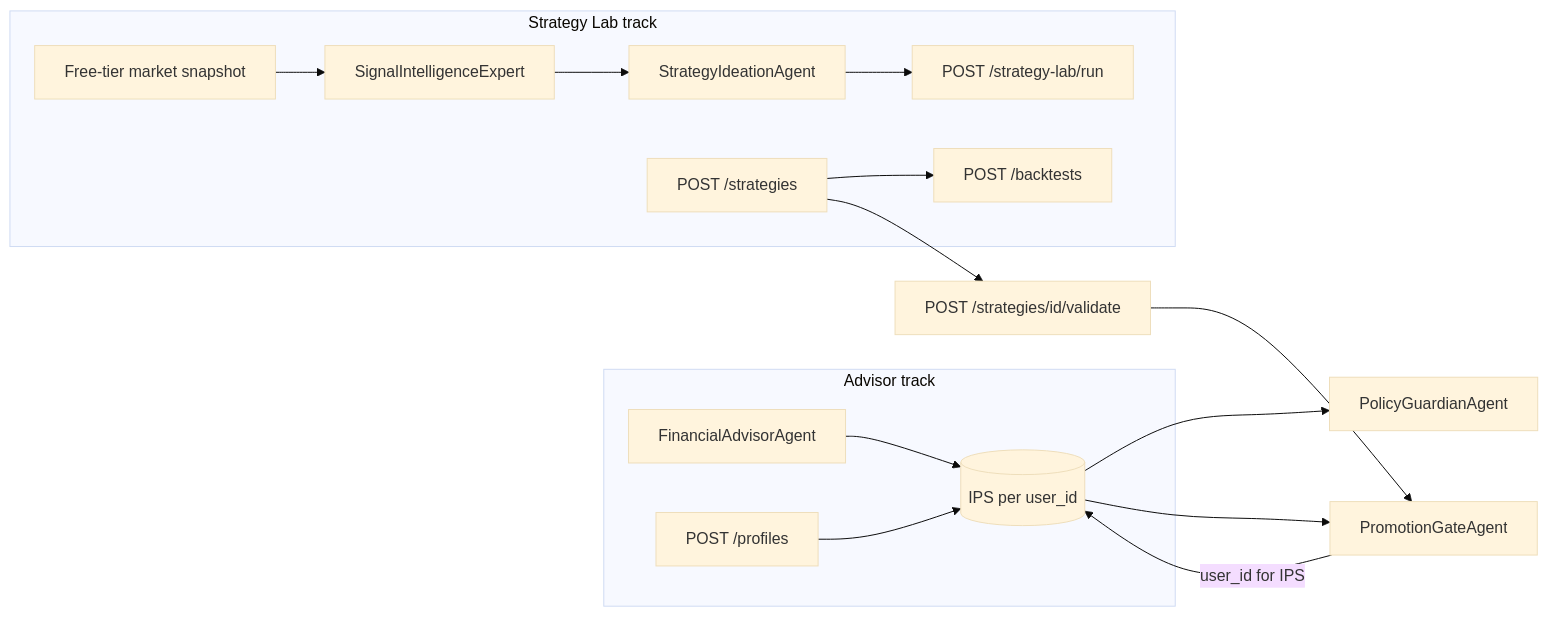
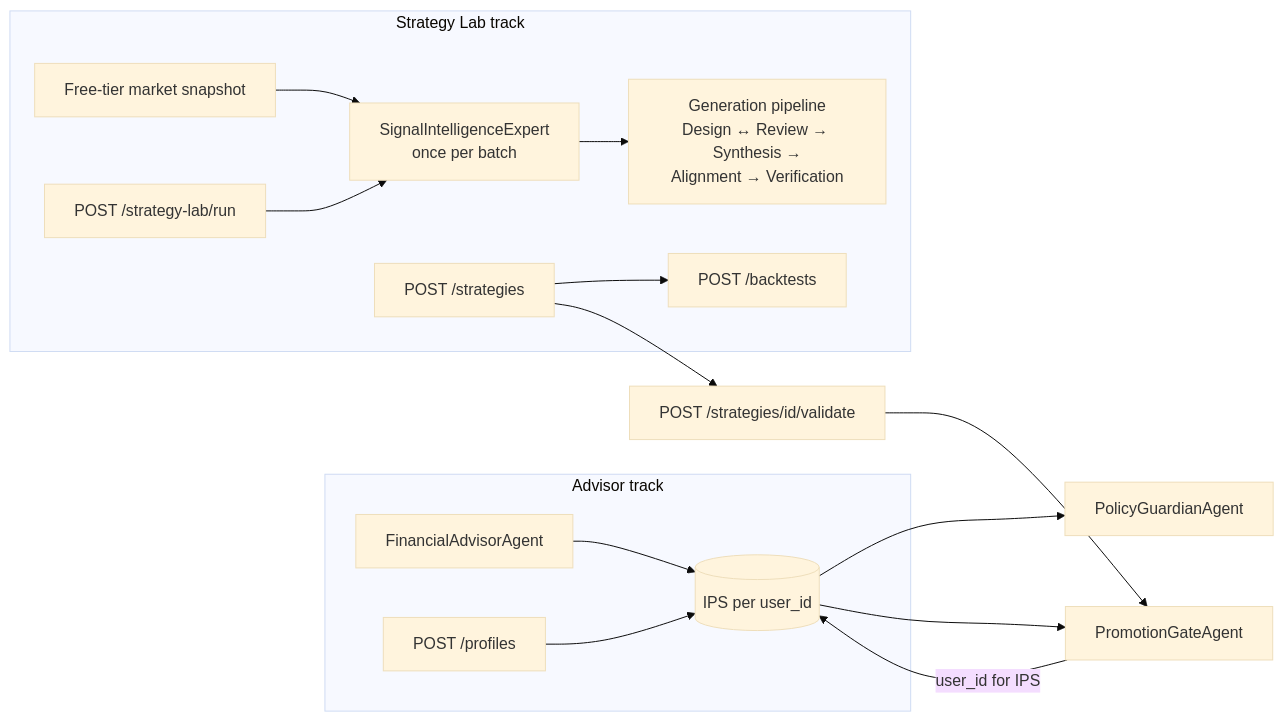
Before and after one commit to brandonkindred/Khala-Agentic-AI-Teams: the diagram in backend/agents/investment_team/README.md, drawn with Mermaid (base theme). The commit also changed other lines of this file and 8 other files, not shown here.

````diff
--- a/backend/agents/investment_team/README.md
+++ b/backend/agents/investment_team/README.md
@@ -16,27 +16,27 @@
 ```mermaid
 flowchart LR
   subgraph advisor [Advisor track]
     FA[FinancialAdvisorAgent]
     Prof[POST /profiles]
     IPS[(IPS per user_id)]
     FA --> IPS
     Prof --> IPS
   end
   subgraph lab [Strategy Lab track]
     MD[Free-tier market snapshot]
-    SIG[SignalIntelligenceExpert]
-    SI[StrategyIdeationAgent]
     SL[POST /strategy-lab/run]
+    SIG[SignalIntelligenceExpert<br/>once per batch]
+    GP[Generation pipeline<br/>Design ↔ Review → Synthesis →<br/>Alignment → Verification]
     ST[POST /strategies]
     BT[POST /backtests]
+    SL --> SIG
     MD --> SIG
-    SIG --> SI
-    SI --> SL
+    SIG --> GP
     ST --> BT
   end
   IPS --> PG[PolicyGuardianAgent]
   IPS --> PGate[PromotionGateAgent]
   ST --> Val[POST /strategies/id/validate]
   Val --> PGate
   PGate -->|"user_id for IPS"| IPS
 ```
````
